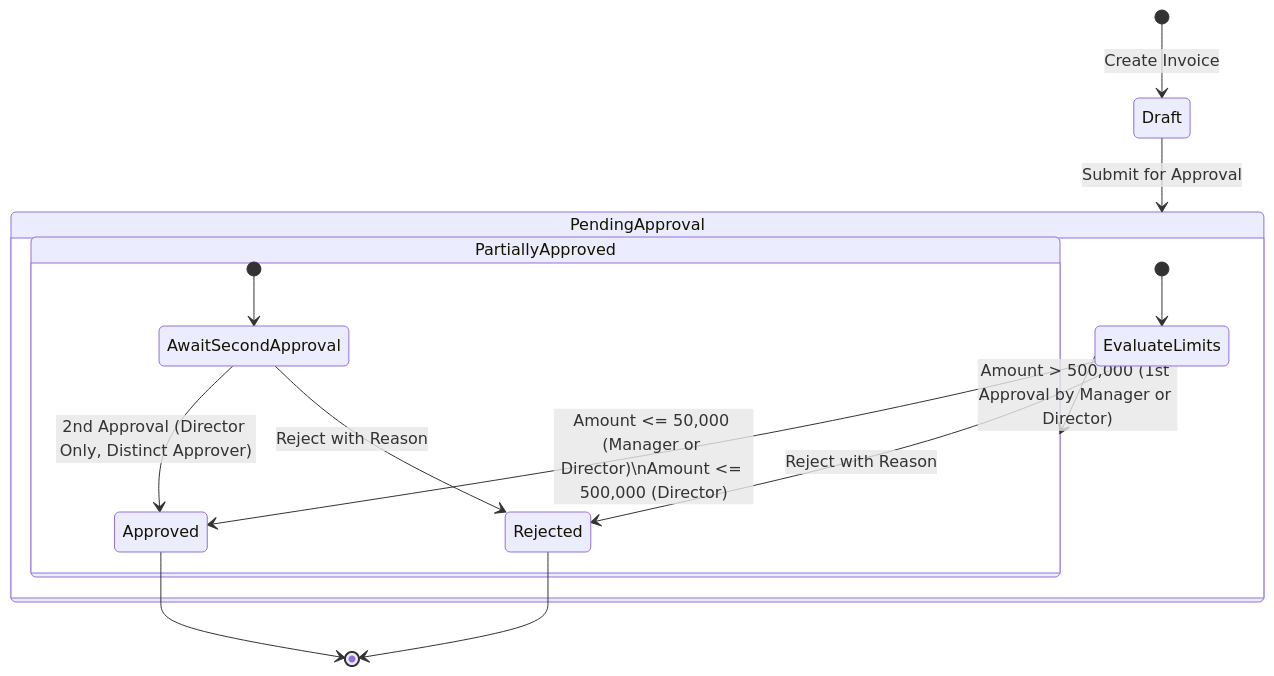
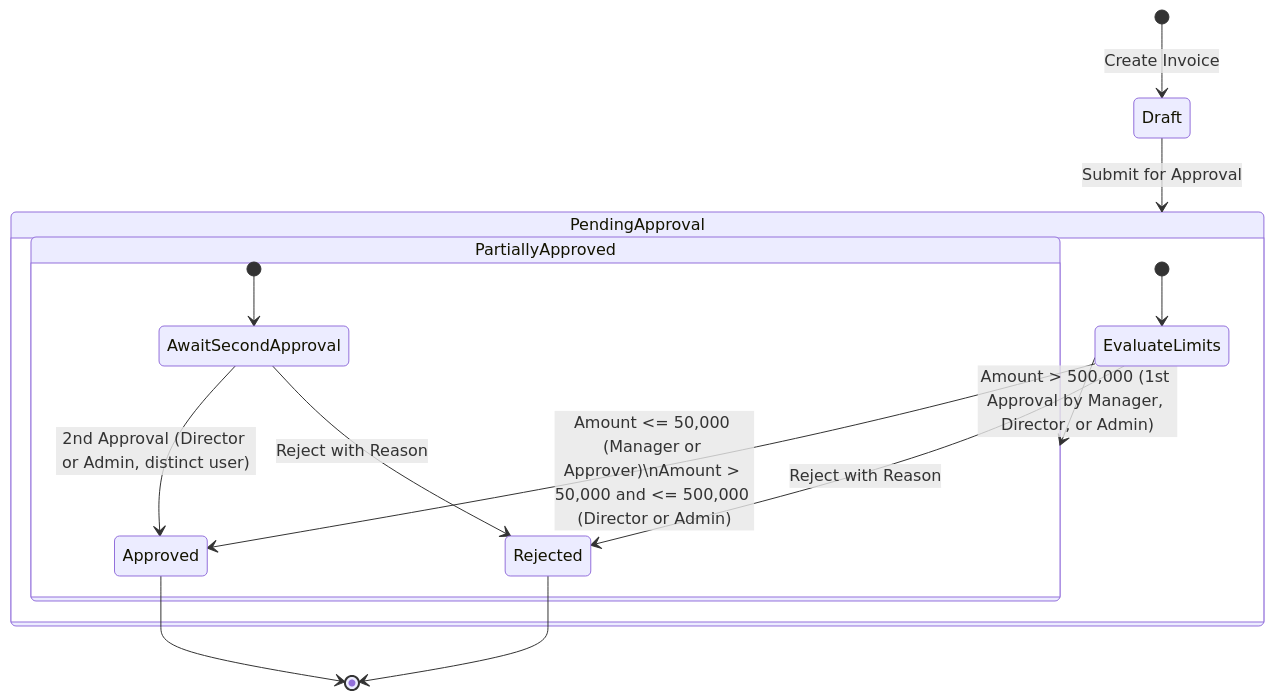
One commit to AdarshN7/ai-sdlc-demo-app changed the second of 2 diagrams in README.md. Above: the diagram before and after it, drawn with Mermaid. The commit also changed other lines of this file and 15 other files, not shown here.

````diff
--- a/README.md
+++ b/README.md
@@ -76,21 +78,21 @@
 ```mermaid
 stateDiagram-v2
     [*] --> Draft: Create Invoice
     Draft --> PendingApproval: Submit for Approval
 
     state PendingApproval {
         [*] --> EvaluateLimits
         EvaluateLimits --> Rejected: Reject with Reason
-        EvaluateLimits --> Approved: Amount <= 50,000 (Manager or Director)\nAmount <= 500,000 (Director)
-        EvaluateLimits --> PartiallyApproved: Amount > 500,000 (1st Approval by Manager or Director)
+        EvaluateLimits --> Approved: Amount <= 50,000 (Manager or Approver)\nAmount > 50,000 and <= 500,000 (Director or Admin)
+        EvaluateLimits --> PartiallyApproved: Amount > 500,000 (1st Approval by Manager, Director, or Admin)
     }
 
     state PartiallyApproved {
         [*] --> AwaitSecondApproval
         AwaitSecondApproval --> Rejected: Reject with Reason
-        AwaitSecondApproval --> Approved: 2nd Approval (Director Only, Distinct Approver)
+        AwaitSecondApproval --> Approved: 2nd Approval (Director or Admin, distinct user)
     }
 
     Approved --> [*]
     Rejected --> [*]
 ```
````
